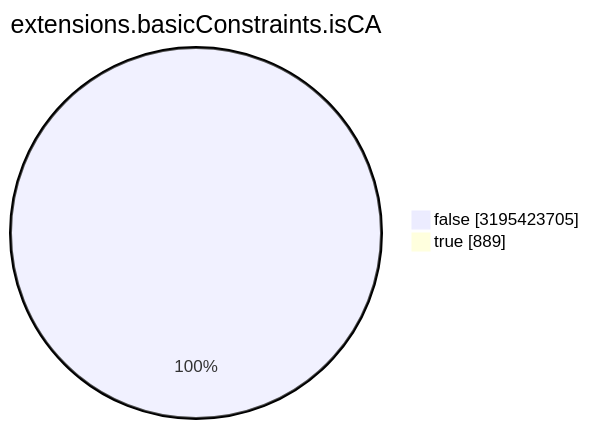
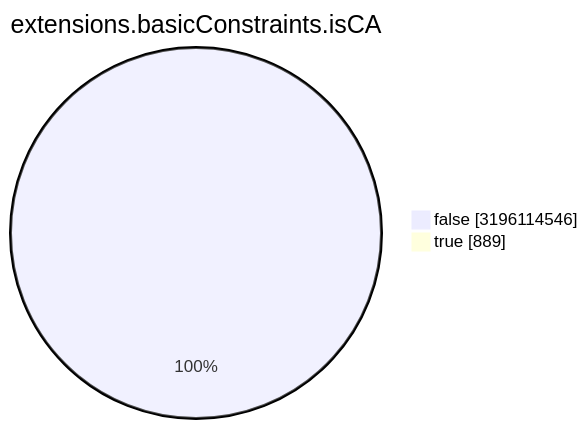
Before and after one commit to christiankrug/ctmonitor_visualization: the seventh of 15 diagrams in TOTAL/README.md, drawn with Mermaid. The commit also changed other lines of this file, not shown here.

````diff
--- a/TOTAL/README.md
+++ b/TOTAL/README.md
@@ -3088,6 +3088,6 @@
 ```mermaid
 pie showData
 title extensions.basicConstraints.isCA
-"false" :3195423705
+"false" :3196114546
 "true" :889
 ```
````
